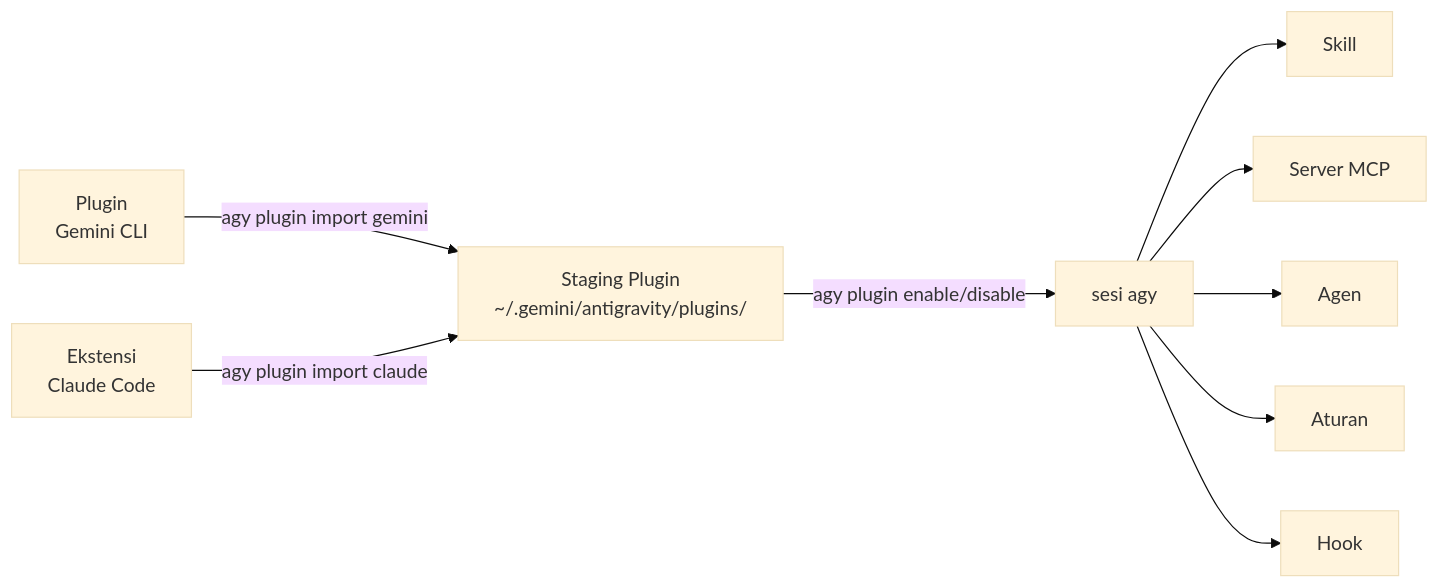
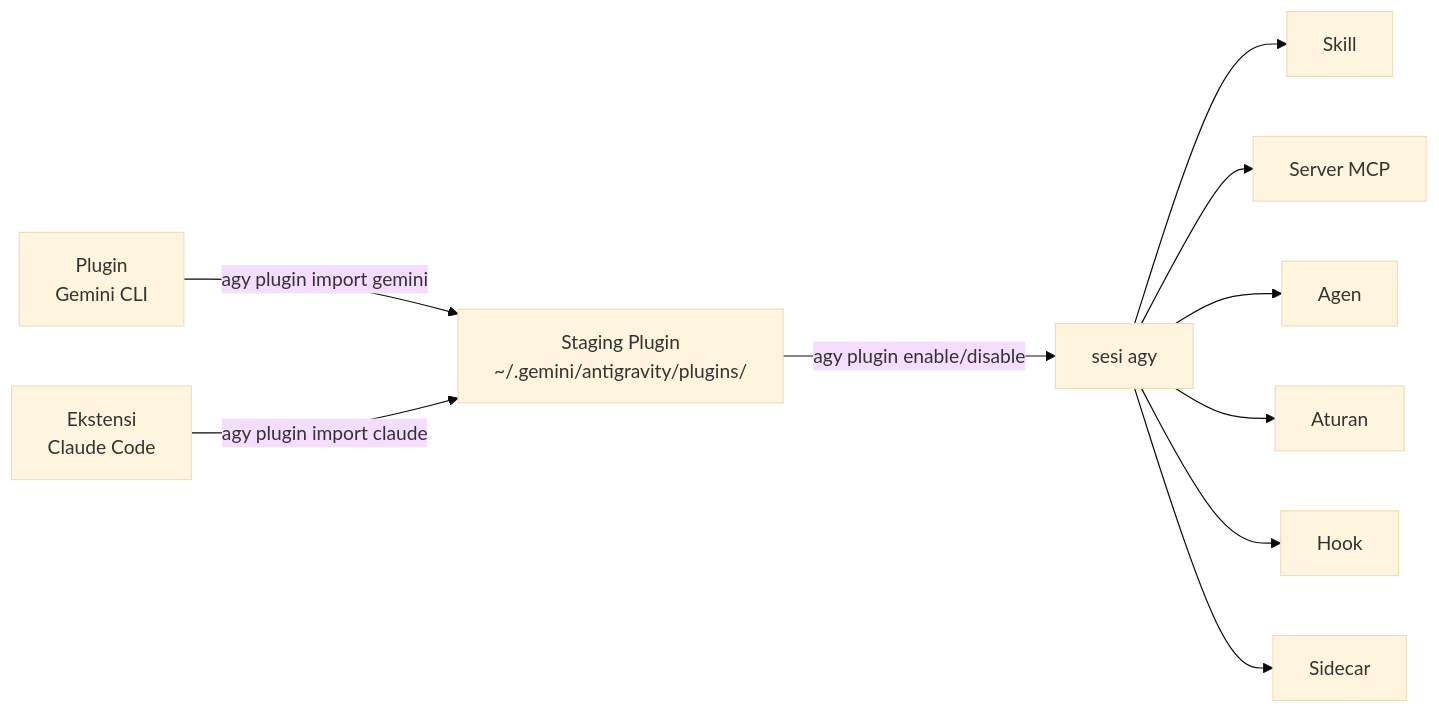
One commit to carlosmscabral/agy-cli-field-workshop changed the diagram in docs/id/plugin-ecosystem.md. Above: the diagram before and after it, drawn with Mermaid (base theme). The commit also changed other lines of this file and 29 other files, not shown here.

````diff
--- a/docs/id/plugin-ecosystem.md
+++ b/docs/id/plugin-ecosystem.md
@@ -195,11 +194,12 @@
 ```mermaid
 graph LR
-    GC["Plugin\nGemini CLI"] -->|agy plugin import gemini| S["Staging Plugin\n~/.gemini/antigravity/plugins/"]
-    CC["Ekstensi\nClaude Code"] -->|agy plugin import claude| S
-    S -->|agy plugin enable/disable| A[sesi agy]
+    GC["Plugin\nGemini CLI"] --> |agy plugin import gemini| S["Staging Plugin\n~/.gemini/antigravity/plugins/"]
+    CC["Ekstensi\nClaude Code"] --> |agy plugin import claude| S
+    S --> |agy plugin enable/disable| A[sesi agy]
     A --> SK[Skill]
     A --> MCP[Server MCP]
     A --> AG[Agen]
     A --> RU[Aturan]
     A --> HK[Hook]
+    A --> SD[Sidecar]
 ```
````
